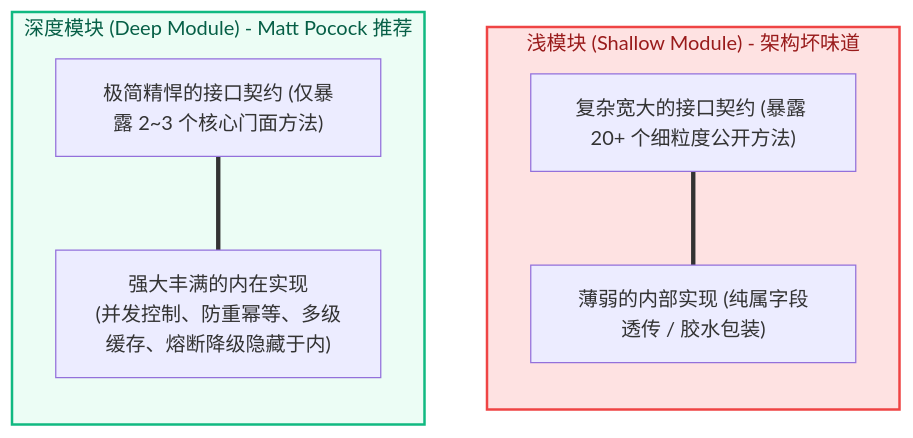
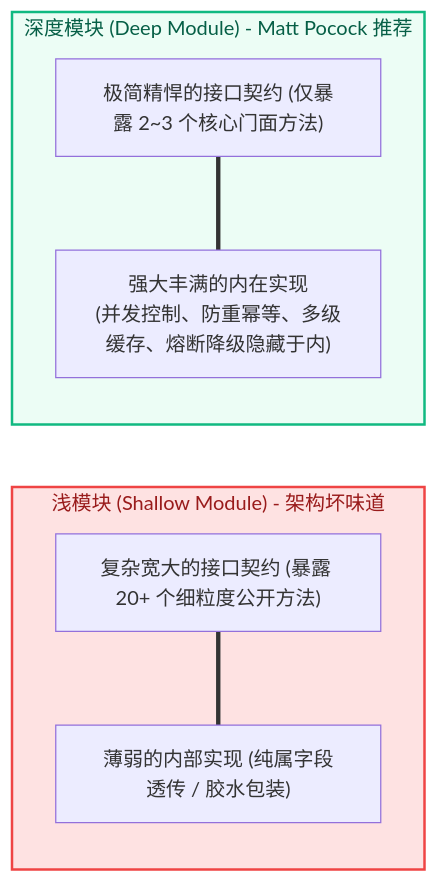
Before and after one commit to atengk/Ateng-AI: the second of 2 diagrams in skills/mattpocock/02-alignment-and-design.md, drawn with Mermaid. The commit also changed 14 other files, not shown here.

````diff
--- a/skills/mattpocock/02-alignment-and-design.md
+++ b/skills/mattpocock/02-alignment-and-design.md
@@ -115,21 +115,21 @@
 ```mermaid
-flowchart TB
+flowchart LR
     subgraph Shallow["浅模块 (Shallow Module) - 架构坏味道"]
         direction TB
         S_IF["复杂宽大的接口契约 (暴露 20+ 个细粒度公开方法)"]
         S_IM["薄弱的内部实现 (纯属字段透传 / 胶水包装)"]
         S_IF === S_IM
     end
 
     subgraph Deep["深度模块 (Deep Module) - Matt Pocock 推荐"]
         direction TB
         D_IF["极简精悍的接口契约 (仅暴露 2~3 个核心门面方法)"]
         D_IM["强大丰满的内在实现<br>(并发控制、防重幂等、多级缓存、熔断降级隐藏于内)"]
         D_IF === D_IM
     end
 
     classDef shallowStyle fill:#fee2e2,stroke:#ef4444,stroke-width:2px,color:#991b1b;
     classDef deepStyle fill:#ecfdf5,stroke:#10b981,stroke-width:2px,color:#065f46;
     class Shallow shallowStyle;
     class Deep deepStyle;
 ```
````
